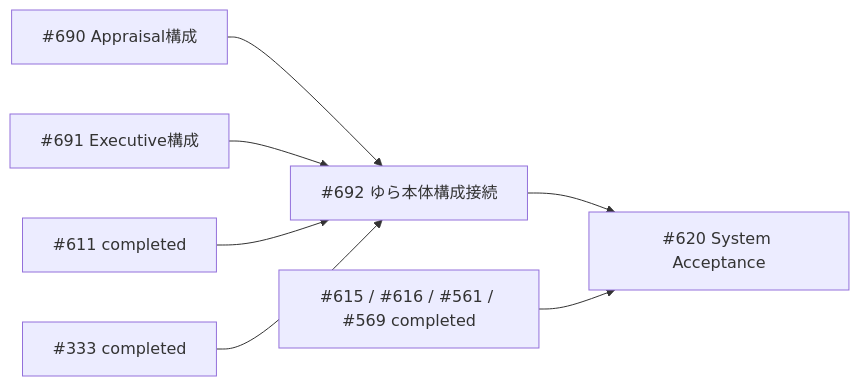
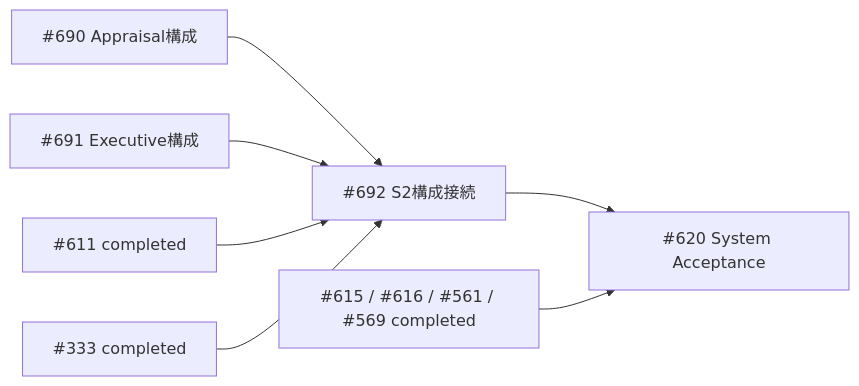
One commit to kt-workers/ai-liver-yura changed the diagram in docs/architecture/v2/production_plan_current.md. Above: the diagram before and after it, drawn with Mermaid. The commit also changed other lines of this file, not shown here.

````diff
--- a/docs/architecture/v2/production_plan_current.md
+++ b/docs/architecture/v2/production_plan_current.md
@@ -148,9 +148,9 @@
 ```mermaid
 flowchart LR
-  A["#690 Appraisal構成"] --> C["#692 ゆら本体構成接続"]
+  A["#690 Appraisal構成"] --> C["#692 S2構成接続"]
   B["#691 Executive構成"] --> C
   D["#611 completed"] --> C
   E["#333 completed"] --> C
   C --> F["#620 System Acceptance"]
   G["#615 / #616 / #561 / #569 completed"] --> F
 ```
````
